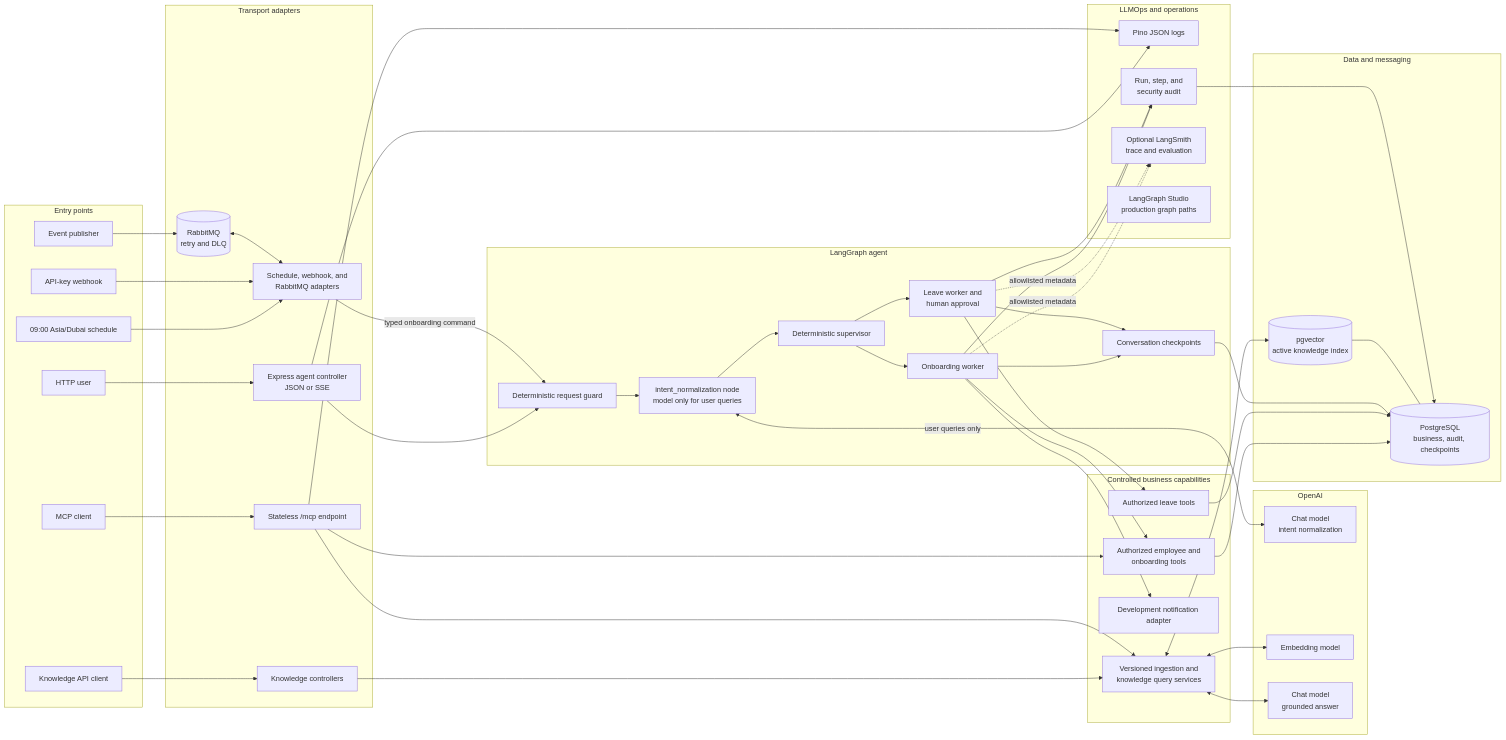
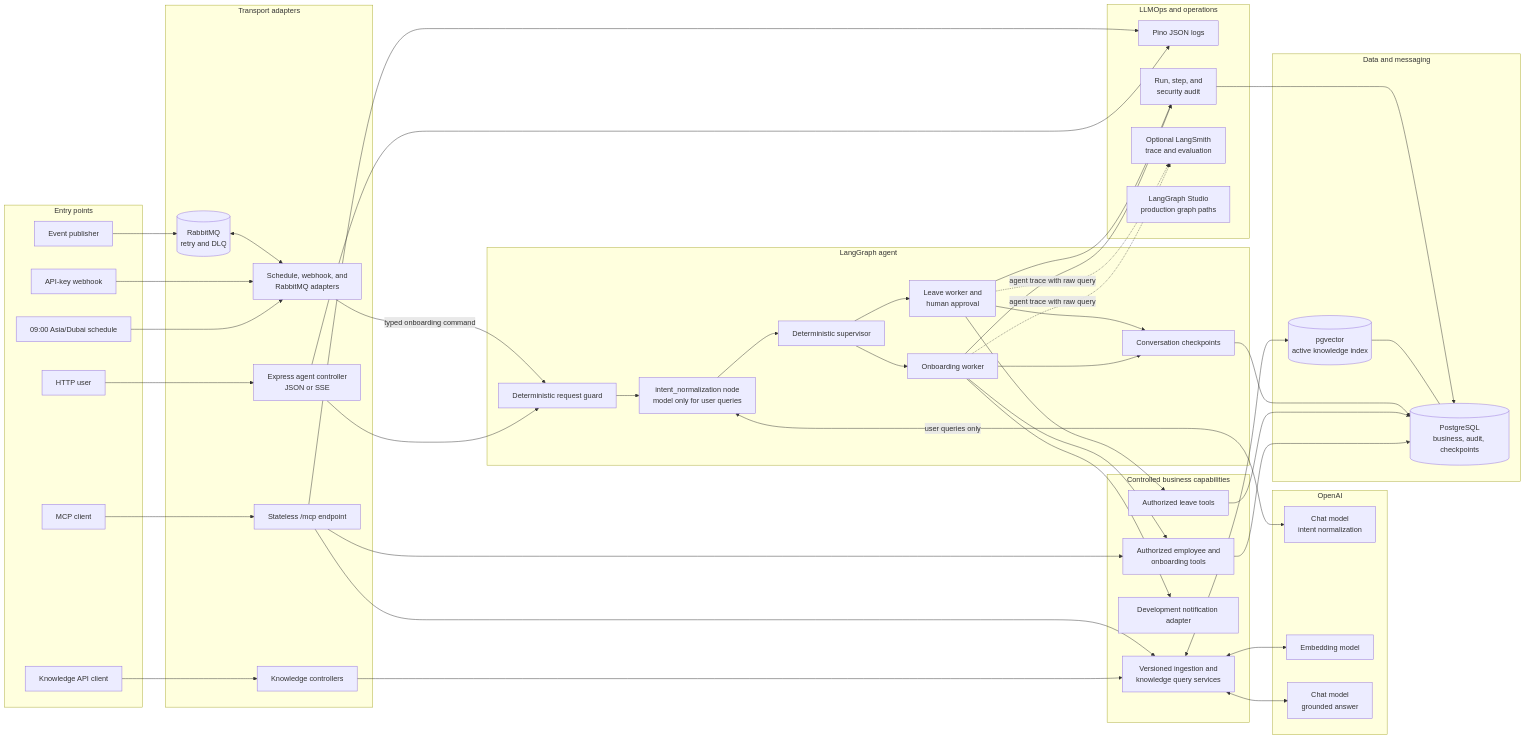
The first of 4 diagrams in README.md (ramioooz/hcm-agentic-llmops), drawn with Mermaid before and after one commit. The commit also changed other lines of this file and 11 other files, not shown here.

Commit message:
feat: trace raw agent queries in LangSmith

````diff
--- a/README.md
+++ b/README.md
@@ -138,6 +138,6 @@
     Onboarding --> Audit
     Leave --> Audit
     Audit --> PostgreSQL
-    Onboarding -.->|"allowlisted metadata"| LangSmith
-    Leave -.->|"allowlisted metadata"| LangSmith
+    Onboarding -.->|"agent trace with raw query"| LangSmith
+    Leave -.->|"agent trace with raw query"| LangSmith
 ```
````
